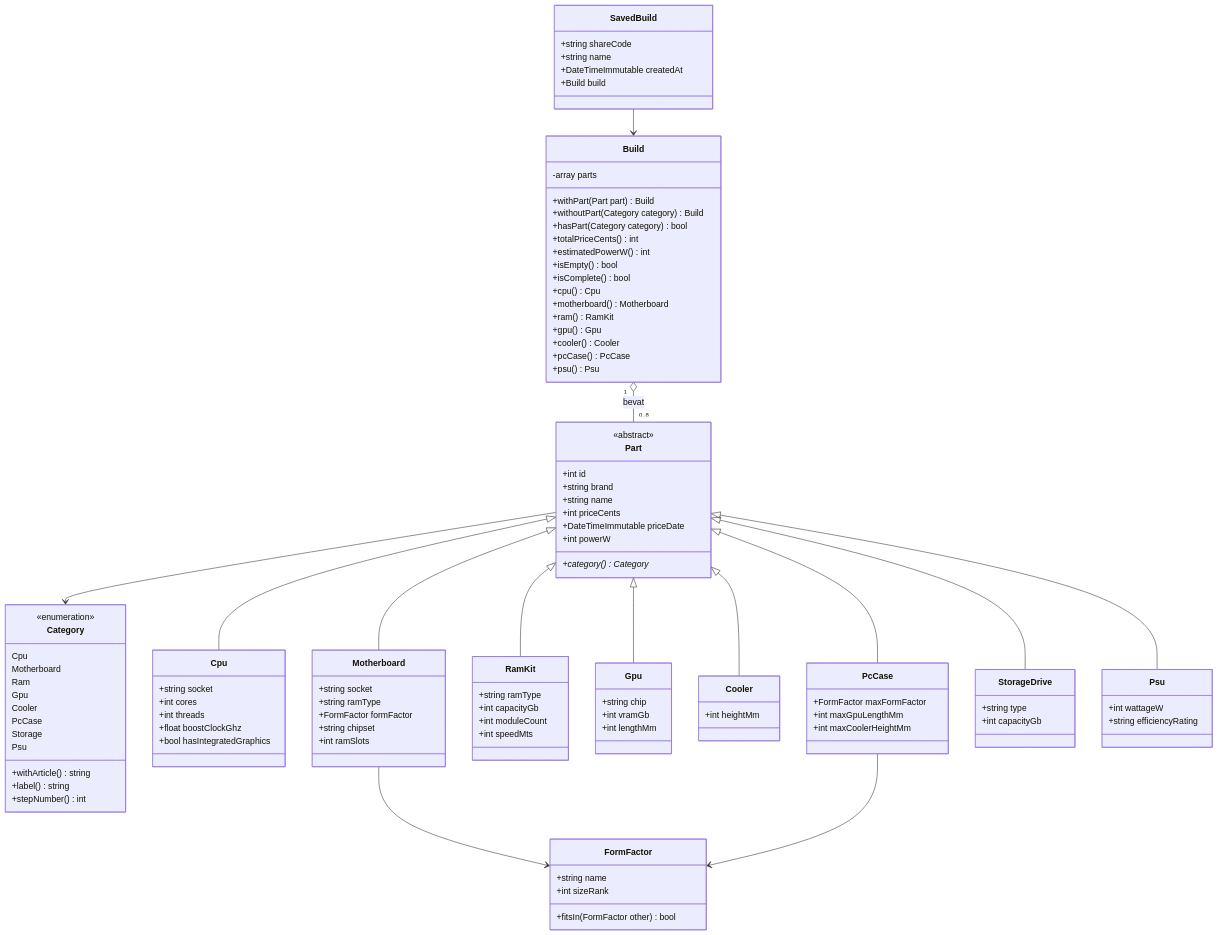
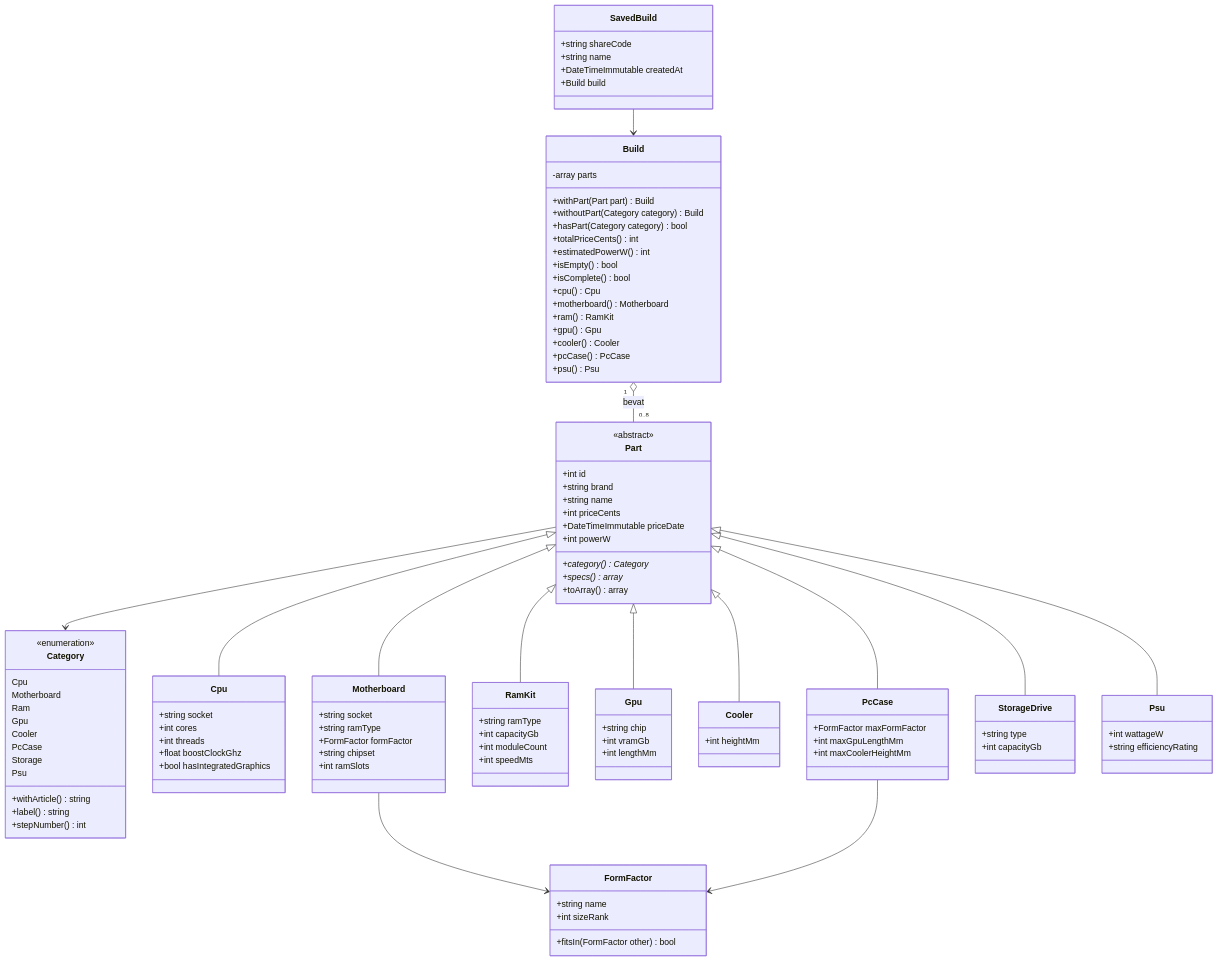
The fourth of 8 diagrams in docs/ontwerp.md (Niels023/pc-bouwplanner), drawn with Mermaid before and after one commit. The commit also changed other lines of this file and 1 other file, not shown here.

```diff
--- a/docs/ontwerp.md
+++ b/docs/ontwerp.md
@@ -229,6 +230,8 @@
         +DateTimeImmutable priceDate
         +int powerW
         +category() Category*
+        +specs() array*
+        +toArray() array
     }
     class Cpu {
         +string socket
```
